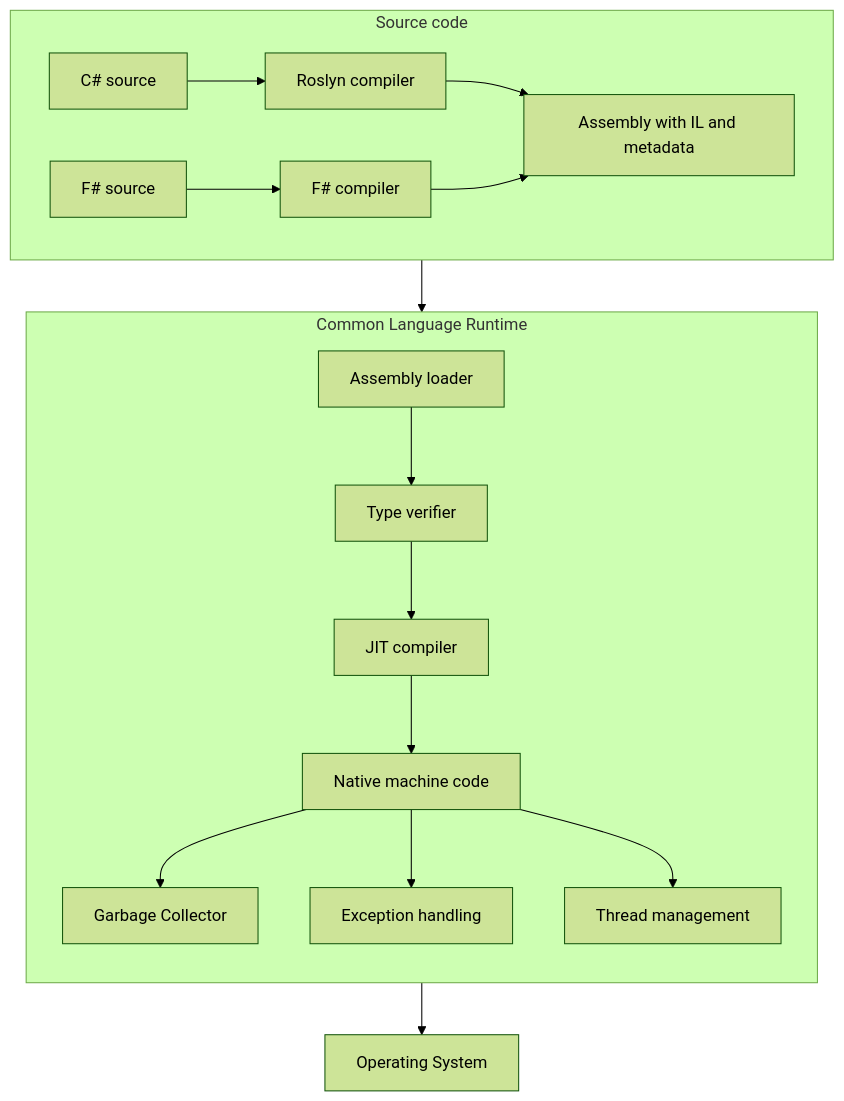
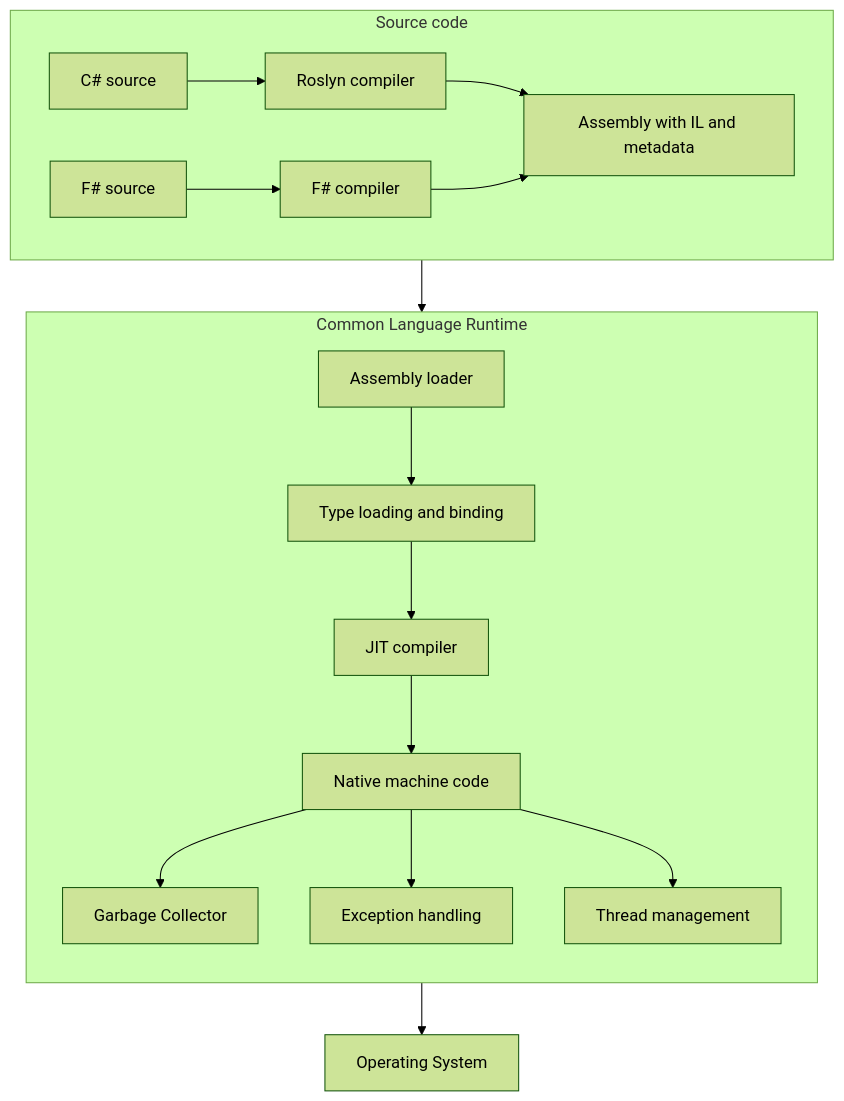
One commit to grafanaKibana/devbook.zip changed the diagram in Vault/Home/Programming/NET/Runtime/Common Language Runtime.md. Above: the diagram before and after it, drawn with Mermaid (forest theme). The commit also changed other lines of this file and 1 other file, not shown here.

````diff
--- a/Vault/Home/Programming/NET/Runtime/Common Language Runtime.md
+++ b/Vault/Home/Programming/NET/Runtime/Common Language Runtime.md
@@ -26,21 +26,21 @@
 ```mermaid
 flowchart TB
   subgraph SOURCE[Source code]
     direction LR
     CS[C# source] --> CSC[Roslyn compiler] --> IL[Assembly with IL and metadata]
     FS[F# source] --> FSC[F# compiler] --> IL
   end
 
   subgraph CLR[Common Language Runtime]
     direction TB
-    LOAD[Assembly loader] --> VERIFY[Type verifier]
-    VERIFY --> JIT[JIT compiler]
+    LOAD[Assembly loader] --> TYPES[Type loading and binding]
+    TYPES --> JIT[JIT compiler]
     JIT --> NATIVE[Native machine code]
     NATIVE --> GC[Garbage Collector]
     NATIVE --> EH[Exception handling]
     NATIVE --> THREAD[Thread management]
   end
 
   IL --> LOAD
   NATIVE --> OS[Operating System]
 ```
````
